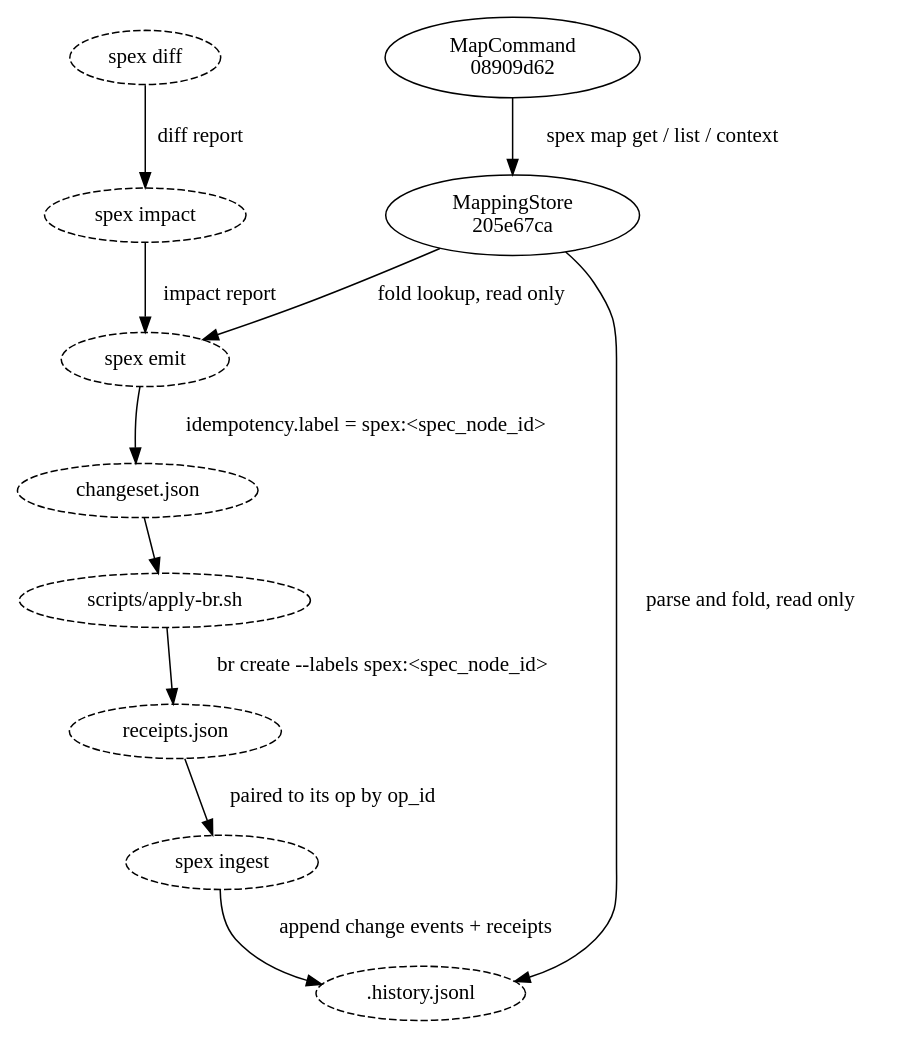
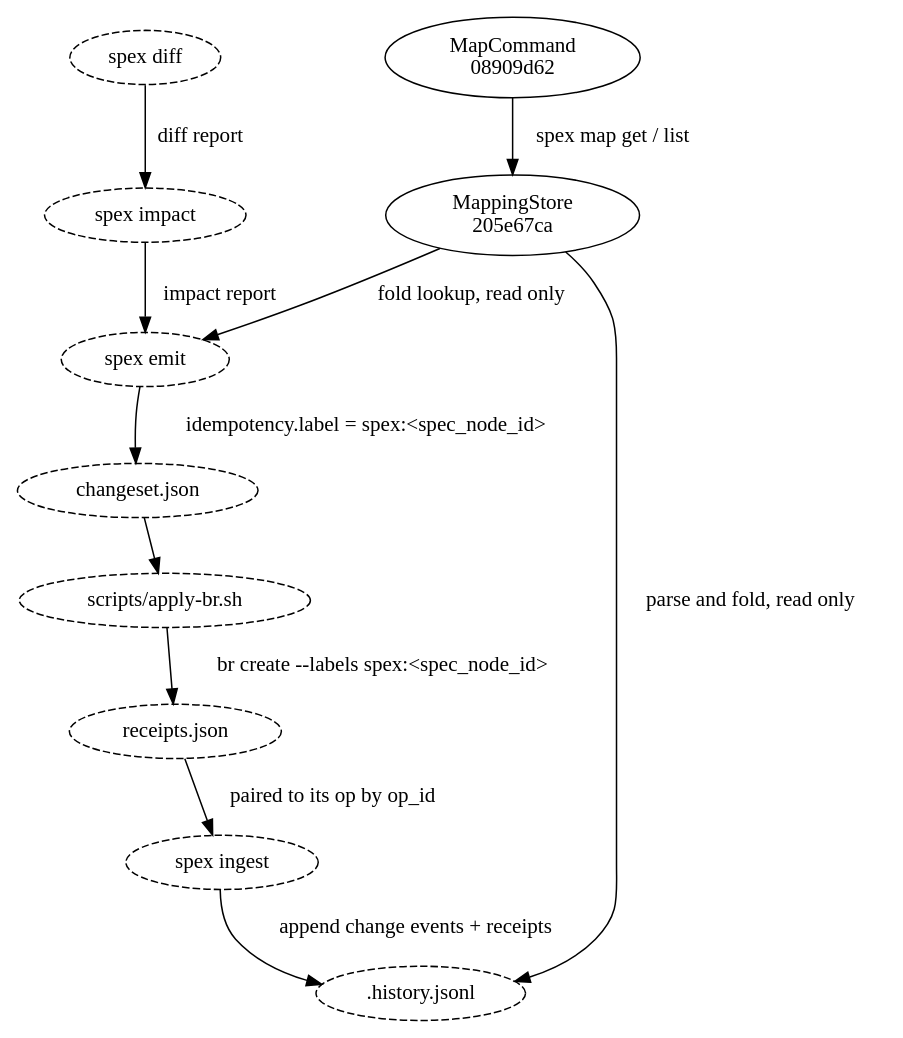
Before and after one commit to dmitriyb/spexmachina: the diagram in spec/map/flow_bead_mapping.md, drawn with Graphviz. The commit also changed other lines of this file and 1 other file, not shown here.

First line of the commit message:
spec(map): fix flow_bead_mapping contract mismatches (#196)

````diff
--- a/spec/map/flow_bead_mapping.md
+++ b/spec/map/flow_bead_mapping.md
@@ -11,25 +11,25 @@
 ```dot
 digraph bead_mapping {
     "spex diff"           [style=dashed];
     "spex impact"         [style=dashed];
     "spex emit"           [style=dashed];
     "changeset.json"      [style=dashed];
     "scripts/apply-br.sh" [style=dashed];
     "receipts.json"       [style=dashed];
     "spex ingest"         [style=dashed];
     ".history.jsonl"      [style=dashed];
     "205e67ca4aad"        [label="MappingStore\n205e67ca"];
     "08909d62930b"        [label="MapCommand\n08909d62"];
 
     "spex diff"           -> "spex impact"         [label="diff report"];
     "spex impact"         -> "spex emit"           [label="impact report"];
     "205e67ca4aad"        -> "spex emit"           [label="fold lookup, read only"];
     "spex emit"           -> "changeset.json"      [label="idempotency.label = spex:<spec_node_id>"];
     "changeset.json"      -> "scripts/apply-br.sh";
     "scripts/apply-br.sh" -> "receipts.json"       [label="br create --labels spex:<spec_node_id>"];
     "receipts.json"       -> "spex ingest"         [label="paired to its op by op_id"];
     "spex ingest"         -> ".history.jsonl"      [label="append change events + receipts"];
     "205e67ca4aad"        -> ".history.jsonl"      [label="parse and fold, read only"];
-    "08909d62930b"        -> "205e67ca4aad"        [label="spex map get / list / context"];
+    "08909d62930b"        -> "205e67ca4aad"        [label="spex map get / list"];
 }
 ```
````
